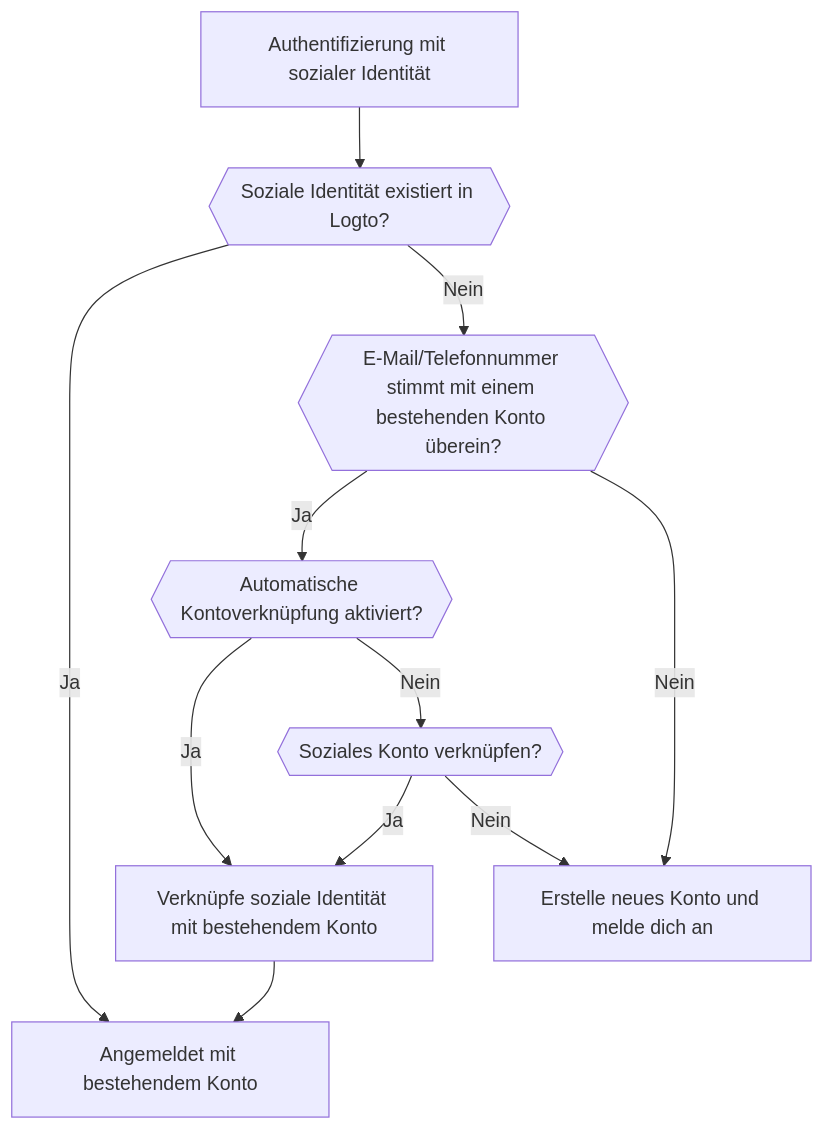
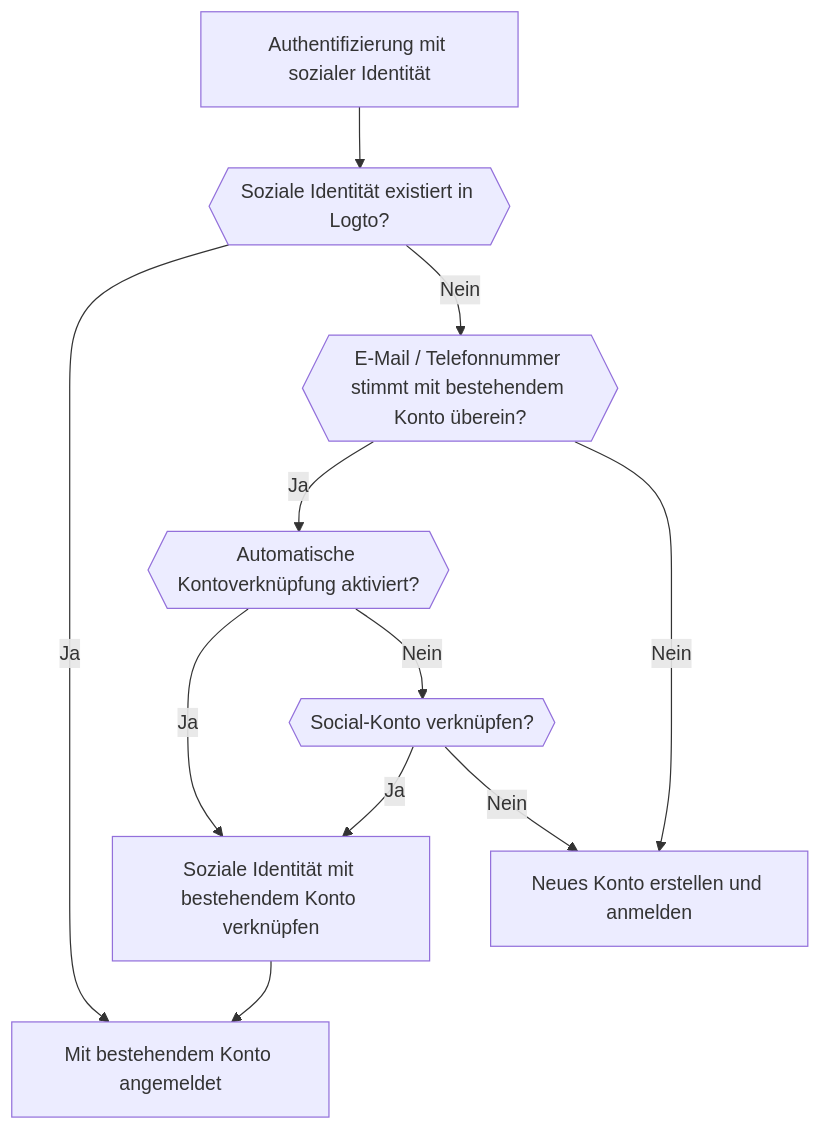
The second of 6 diagrams in i18n/de/docusaurus-plugin-content-docs/current/end-user-flows/sign-up-and-sign-in/social-sign-in.mdx (logto-io/docs), drawn with Mermaid before and after one commit. The commit also changed other lines of this file and 59 other files, not shown here.

````diff
--- a/i18n/de/docusaurus-plugin-content-docs/current/end-user-flows/sign-up-and-sign-in/social-sign-in.mdx
+++ b/i18n/de/docusaurus-plugin-content-docs/current/end-user-flows/sign-up-and-sign-in/social-sign-in.mdx
@@ -105,13 +80,13 @@
     ```mermaid
     flowchart TD
     A[Authentifizierung mit sozialer Identität] --> B{{Soziale Identität existiert in Logto?}}
-    B -- Ja --> C[Angemeldet mit bestehendem Konto]
-    B -- Nein --> D{{E-Mail/Telefonnummer stimmt mit einem bestehenden Konto überein?}}
+    B -- Ja --> C[Mit bestehendem Konto angemeldet]
+    B -- Nein --> D{{E-Mail / Telefonnummer stimmt mit bestehendem Konto überein?}}
     D -- Ja --> E{{Automatische Kontoverknüpfung aktiviert?}}
-    E -- Ja --> G[Verknüpfe soziale Identität mit bestehendem Konto]
+    E -- Ja --> G[Soziale Identität mit bestehendem Konto verknüpfen]
     G --> C
-    D -- Nein --> H[Erstelle neues Konto und melde dich an]
-    E -- Nein --> I{{Soziales Konto verknüpfen?}}
+    D -- Nein --> H[Neues Konto erstellen und anmelden]
+    E -- Nein --> I{{Social-Konto verknüpfen?}}
     I -- Ja --> G
     I -- Nein --> H
     ```
````
